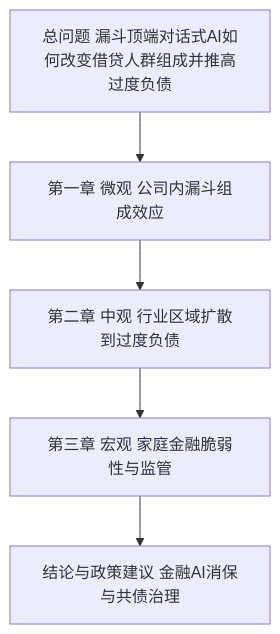
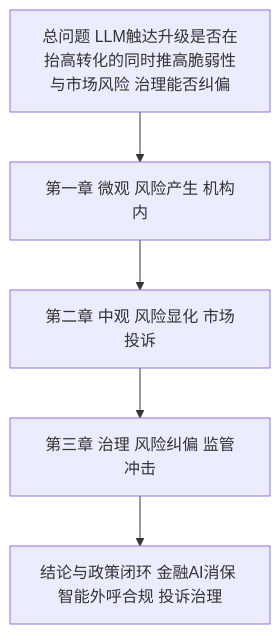
One commit to qliu2318/claude changed the second of 8 diagrams in 开题报告_LLM消费信贷_设计稿.md. Above: the diagram before and after it, drawn with Mermaid. The commit also changed other lines of this file and 2 other files, not shown here.

First line of the commit message:
重构为“风险产生—显化—纠偏”三章闭环设计

````diff
--- a/开题报告_LLM消费信贷_设计稿.md
+++ b/开题报告_LLM消费信贷_设计稿.md
@@ -334,7 +339,7 @@
 ```mermaid
 flowchart TB
-  Q[总问题 漏斗顶端对话式AI如何改变借贷人群组成并推高过度负债] --> CH1[第一章 微观 公司内漏斗组成效应]
-  CH1 --> CH2[第二章 中观 行业区域扩散到过度负债]
-  CH2 --> CH3[第三章 宏观 家庭金融脆弱性与监管]
-  CH3 --> CONC[结论与政策建议 金融AI消保与共债治理]
+  Q[总问题 LLM触达升级是否在抬高转化的同时推高脆弱性与市场风险 治理能否纠偏] --> CH1[第一章 微观 风险产生 机构内]
+  CH1 --> CH2[第二章 中观 风险显化 市场投诉]
+  CH2 --> CH3[第三章 治理 风险纠偏 监管冲击]
+  CH3 --> CONC[结论与政策闭环 金融AI消保 智能外呼合规 投诉治理]
 ```
````
